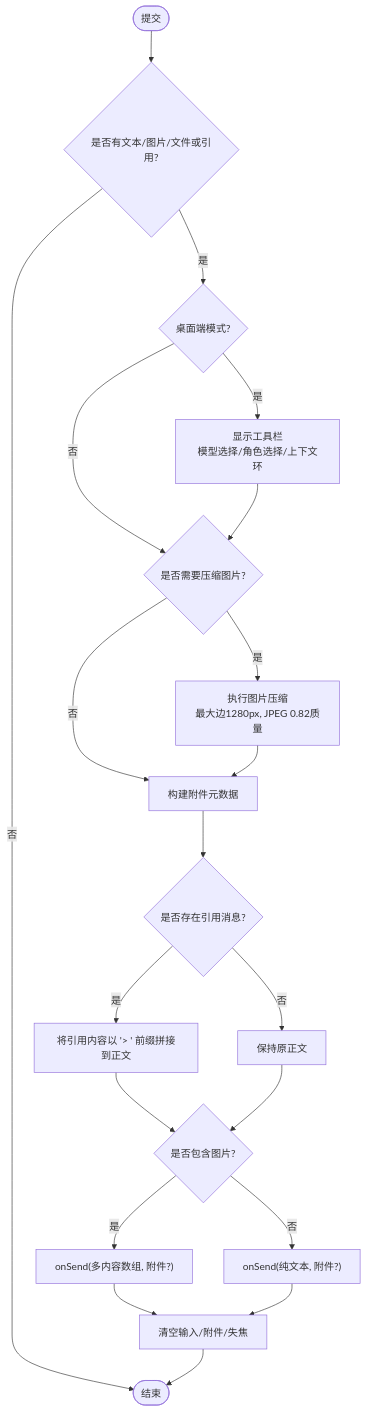
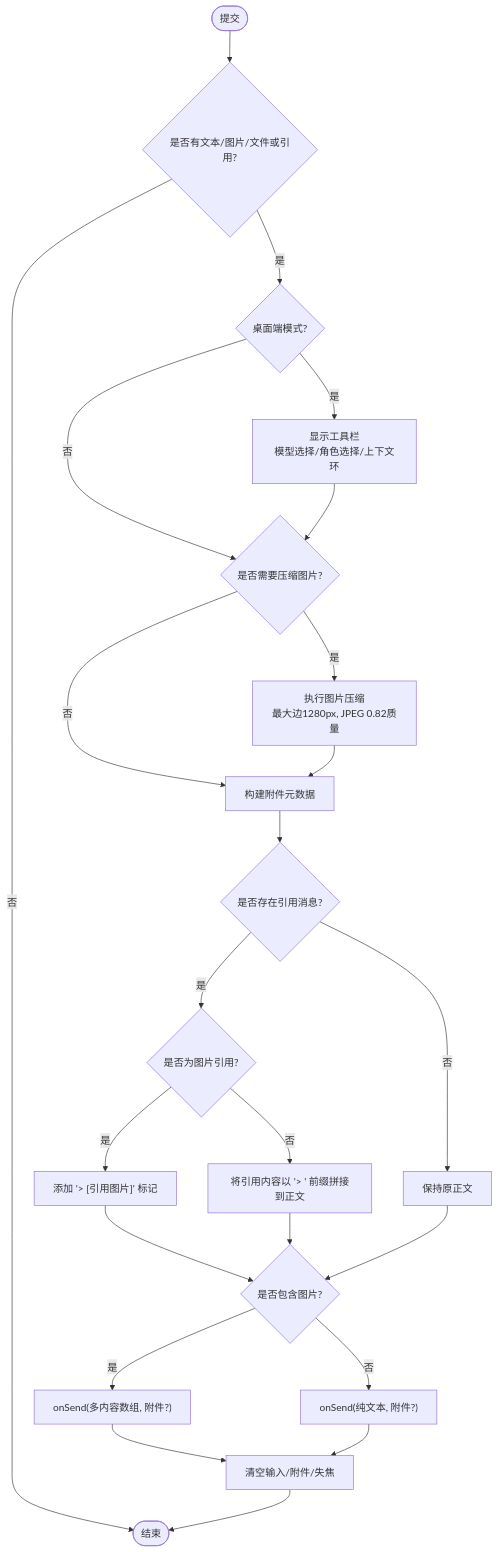
One commit to billye220670/AIShop changed the third of 5 diagrams in .qoder/repowiki/zh/content/聊天模块/聊天输入组件.md. Above: the diagram before and after it, drawn with Mermaid. The commit also changed other lines of this file and 40 other files, not shown here.

````diff
--- a/.qoder/repowiki/zh/content/聊天模块/聊天输入组件.md
+++ b/.qoder/repowiki/zh/content/聊天模块/聊天输入组件.md
@@ -206,22 +217,25 @@
 ```mermaid
 flowchart TD
 Start(["提交"]) --> CheckEmpty{"是否有文本/图片/文件或引用?"}
 CheckEmpty -- 否 --> End(["结束"])
 CheckEmpty -- 是 --> Desktop{"桌面端模式?"}
 Desktop -- 是 --> ShowToolbar["显示工具栏<br/>模型选择/角色选择/上下文环"]
 Desktop -- 否 --> CompressImages{"是否需要压缩图片?"}
 ShowToolbar --> CompressImages
 CompressImages -- 是 --> ProcessCompression["执行图片压缩<br/>最大边1280px, JPEG 0.82质量"]
 CompressImages -- 否 --> BuildAttachments["构建附件元数据"]
 ProcessCompression --> BuildAttachments
 BuildAttachments --> QuoteCheck{"是否存在引用消息?"}
-QuoteCheck -- 是 --> AppendQuote["将引用内容以 '> ' 前缀拼接到正文"]
+QuoteCheck -- 是 --> ImageQuote{"是否为图片引用?"}
 QuoteCheck -- 否 --> KeepText["保持原正文"]
-AppendQuote --> HasImages{"是否包含图片?"}
+ImageQuote -- 是 --> AppendImageQuote["添加 '> [引用图片]' 标记"]
+ImageQuote -- 否 --> AppendTextQuote["将引用内容以 '> ' 前缀拼接到正文"]
+AppendImageQuote --> HasImages{"是否包含图片?"}
+AppendTextQuote --> HasImages
 KeepText --> HasImages
 HasImages -- 是 --> SendMulti["onSend(多内容数组, 附件?)"]
 HasImages -- 否 --> SendText["onSend(纯文本, 附件?)"]
 SendMulti --> Clear["清空输入/附件/失焦"]
 SendText --> Clear
 Clear --> End
 ```
````
